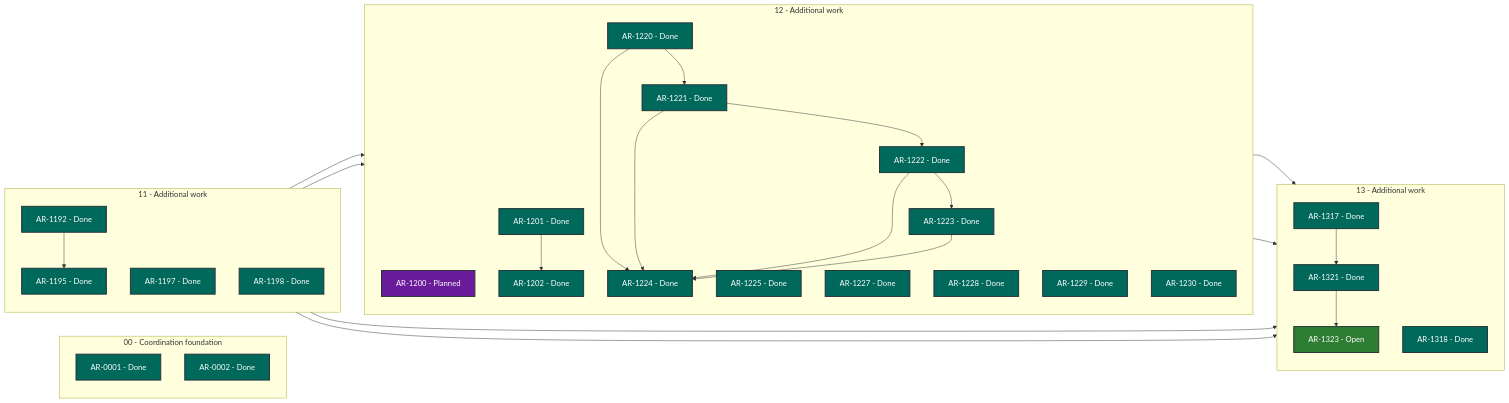
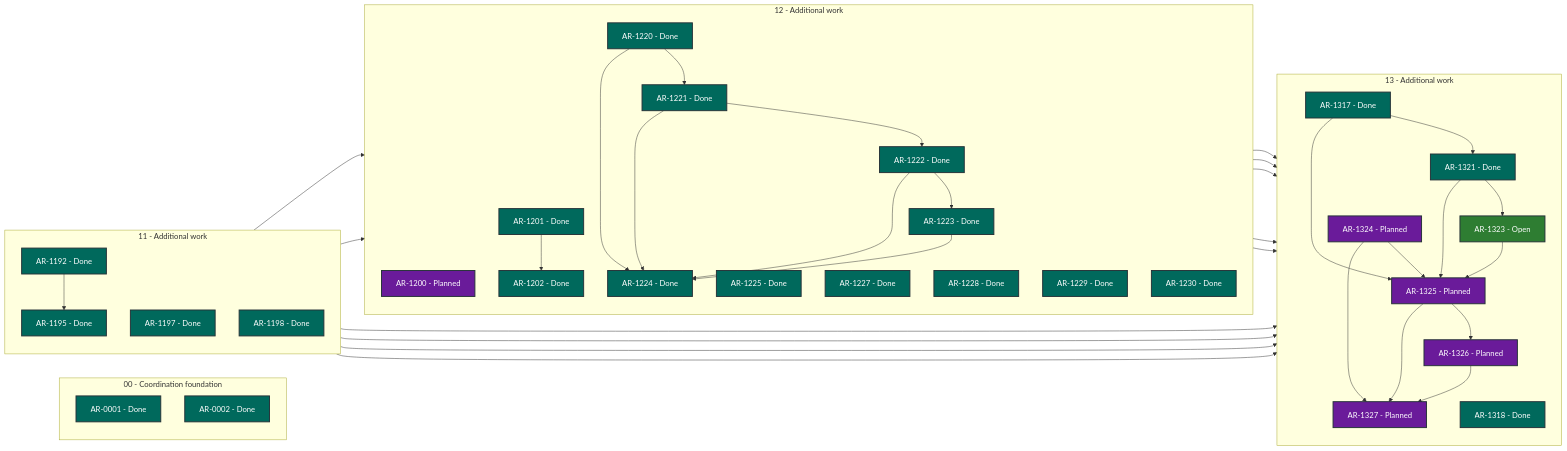
The diagram in STATUS.md (martin-beck/asb-tui-state), drawn with Mermaid before and after one commit. The commit also changed other lines of this file and 2 other files, not shown here.

````diff
--- a/STATUS.md
+++ b/STATUS.md
@@ -27,63 +27,80 @@
 ```mermaid
 flowchart LR
     subgraph series_00["00 - Coordination foundation"]
         direction TB
         AR_0001["AR-0001 - Done"]:::status_done
         AR_0002["AR-0002 - Done"]:::status_done
     end
     subgraph series_11["11 - Additional work"]
         direction TB
         AR_1192["AR-1192 - Done"]:::status_done
         AR_1195["AR-1195 - Done"]:::status_done
         AR_1197["AR-1197 - Done"]:::status_done
         AR_1198["AR-1198 - Done"]:::status_done
     end
     subgraph series_12["12 - Additional work"]
         direction TB
         AR_1200["AR-1200 - Planned"]:::status_planned
         AR_1201["AR-1201 - Done"]:::status_done
         AR_1202["AR-1202 - Done"]:::status_done
         AR_1220["AR-1220 - Done"]:::status_done
         AR_1221["AR-1221 - Done"]:::status_done
         AR_1222["AR-1222 - Done"]:::status_done
         AR_1223["AR-1223 - Done"]:::status_done
         AR_1224["AR-1224 - Done"]:::status_done
         AR_1225["AR-1225 - Done"]:::status_done
         AR_1227["AR-1227 - Done"]:::status_done
         AR_1228["AR-1228 - Done"]:::status_done
         AR_1229["AR-1229 - Done"]:::status_done
         AR_1230["AR-1230 - Done"]:::status_done
     end
     subgraph series_13["13 - Additional work"]
         direction TB
         AR_1317["AR-1317 - Done"]:::status_done
         AR_1318["AR-1318 - Done"]:::status_done
         AR_1321["AR-1321 - Done"]:::status_done
         AR_1323["AR-1323 - Open"]:::status_open
+        AR_1324["AR-1324 - Planned"]:::status_planned
+        AR_1325["AR-1325 - Planned"]:::status_planned
+        AR_1326["AR-1326 - Planned"]:::status_planned
+        AR_1327["AR-1327 - Planned"]:::status_planned
     end
     AR_1192 --> AR_1195
     AR_1192 --> AR_1317
+    AR_1192 --> AR_1325
     AR_1195 --> AR_1200
     AR_1197 --> AR_1201
     AR_1197 --> AR_1317
+    AR_1197 --> AR_1325
+    AR_1200 --> AR_1324
     AR_1201 --> AR_1202
     AR_1220 --> AR_1221
     AR_1220 --> AR_1224
     AR_1221 --> AR_1222
     AR_1221 --> AR_1224
     AR_1222 --> AR_1223
     AR_1222 --> AR_1224
+    AR_1222 --> AR_1326
     AR_1223 --> AR_1224
+    AR_1223 --> AR_1326
     AR_1228 --> AR_1317
     AR_1229 --> AR_1317
     AR_1317 --> AR_1321
+    AR_1317 --> AR_1325
     AR_1321 --> AR_1323
+    AR_1321 --> AR_1325
+    AR_1323 --> AR_1325
+    AR_1324 --> AR_1325
+    AR_1324 --> AR_1327
+    AR_1325 --> AR_1326
+    AR_1325 --> AR_1327
+    AR_1326 --> AR_1327
     classDef status_in_progress fill:#1565c0,color:#ffffff,stroke:#263238,stroke-width:2px
     classDef status_open fill:#2e7d32,color:#ffffff,stroke:#263238,stroke-width:2px
     classDef status_blocked fill:#c62828,color:#ffffff,stroke:#263238,stroke-width:2px
     classDef status_planned fill:#6a1b9a,color:#ffffff,stroke:#263238,stroke-width:2px
     classDef status_future fill:#455a64,color:#ffffff,stroke:#263238,stroke-width:2px
     classDef status_done fill:#00695c,color:#ffffff,stroke:#263238,stroke-width:2px
     classDef status_cancelled fill:#616161,color:#ffffff,stroke:#263238,stroke-width:2px
     classDef status_superseded fill:#5d4037,color:#ffffff,stroke:#263238,stroke-width:2px
 ```
````
